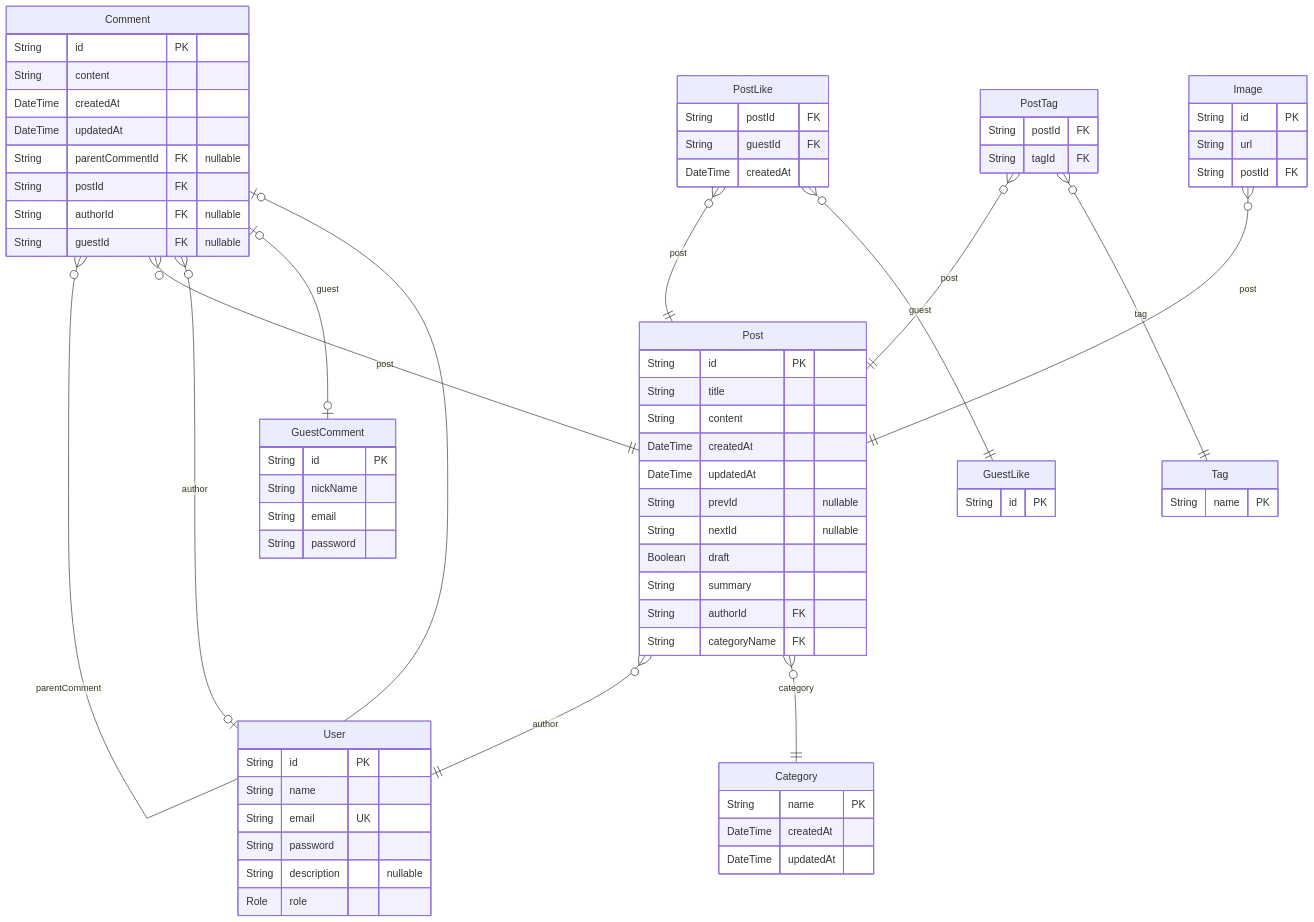
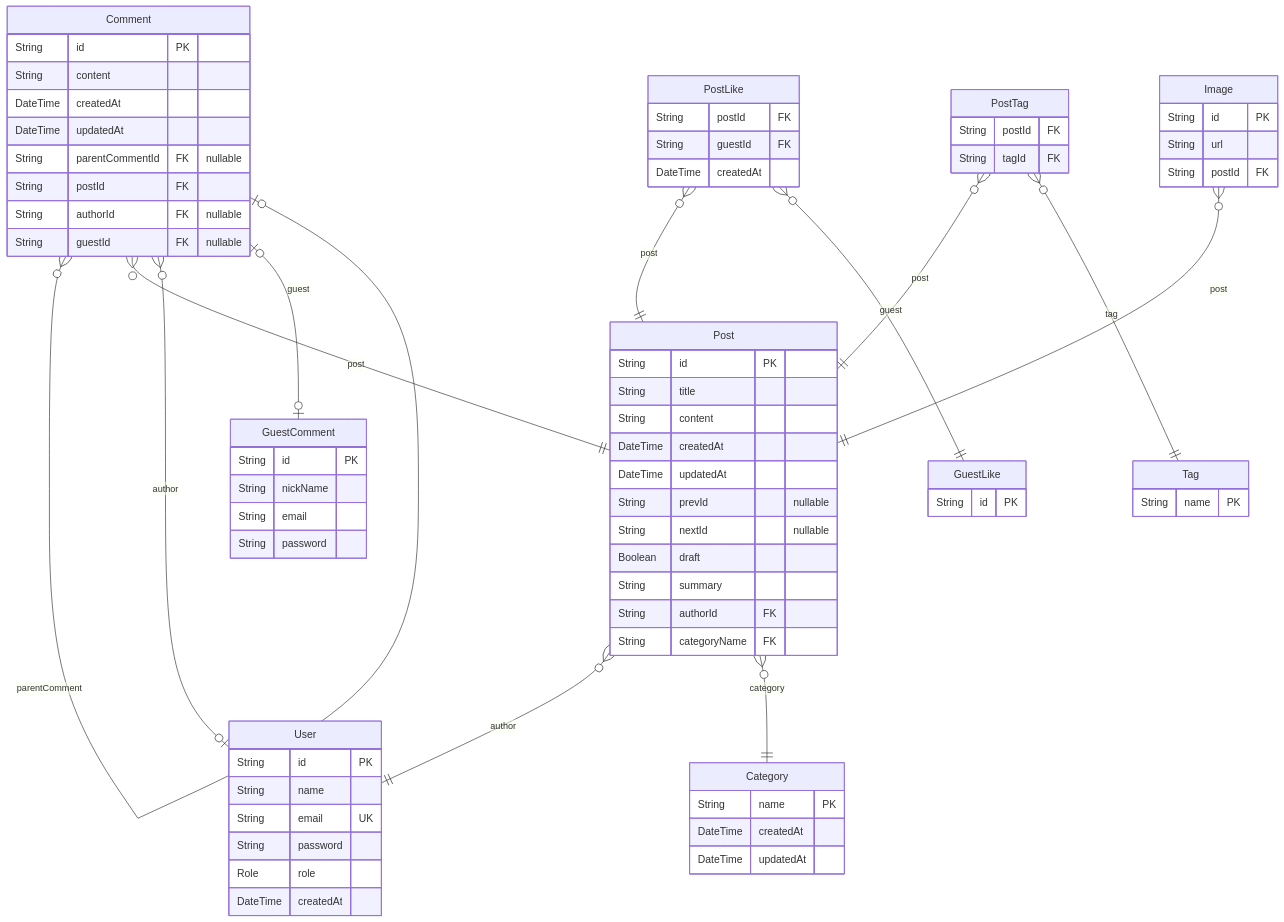
One commit to JongDeug/blog-backend changed the diagram in prisma/schema/ERD.md. Above: the diagram before and after it, drawn with Mermaid. The commit also changed other lines of this file and 16 other files, not shown here.

````diff
--- a/prisma/schema/ERD.md
+++ b/prisma/schema/ERD.md
@@ -7,76 +7,76 @@
 ```mermaid
 erDiagram
 "GuestComment" {
   String id PK
   String nickName
   String email
   String password
 }
 "GuestLike" {
   String id PK
 }
 "Category" {
   String name PK
   DateTime createdAt
   DateTime updatedAt
 }
 "Comment" {
   String id PK
   String content
   DateTime createdAt
   DateTime updatedAt
   String parentCommentId FK "nullable"
   String postId FK
   String authorId FK "nullable"
   String guestId FK "nullable"
 }
 "Image" {
   String id PK
   String url
   String postId FK
 }
 "PostLike" {
   String postId FK
   String guestId FK
   DateTime createdAt
 }
 "Post" {
   String id PK
   String title
   String content
   DateTime createdAt
   DateTime updatedAt
   String prevId "nullable"
   String nextId "nullable"
   Boolean draft
   String summary
   String authorId FK
   String categoryName FK
 }
 "PostTag" {
   String postId FK
   String tagId FK
 }
 "Tag" {
   String name PK
 }
 "User" {
   String id PK
   String name
   String email UK
   String password
-  String description "nullable"
   Role role
+  DateTime createdAt
 }
 "Comment" }o--o| "Comment" : parentComment
 "Comment" }o--|| "Post" : post
 "Comment" }o--o| "User" : author
 "Comment" |o--o| "GuestComment" : guest
 "Image" }o--|| "Post" : post
 "PostLike" }o--|| "Post" : post
 "PostLike" }o--|| "GuestLike" : guest
 "Post" }o--|| "User" : author
 "Post" }o--|| "Category" : category
 "PostTag" }o--|| "Post" : post
 "PostTag" }o--|| "Tag" : tag
 ```
````
